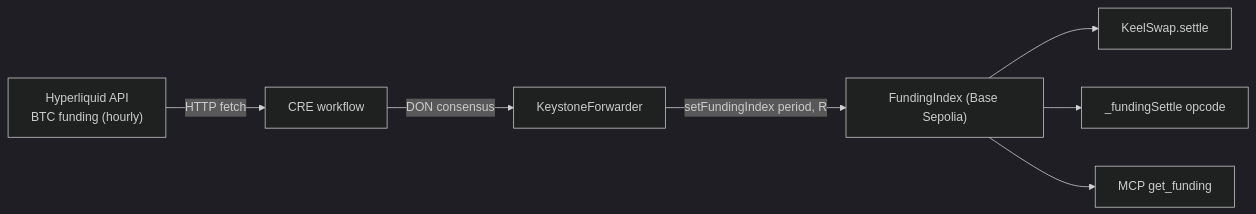
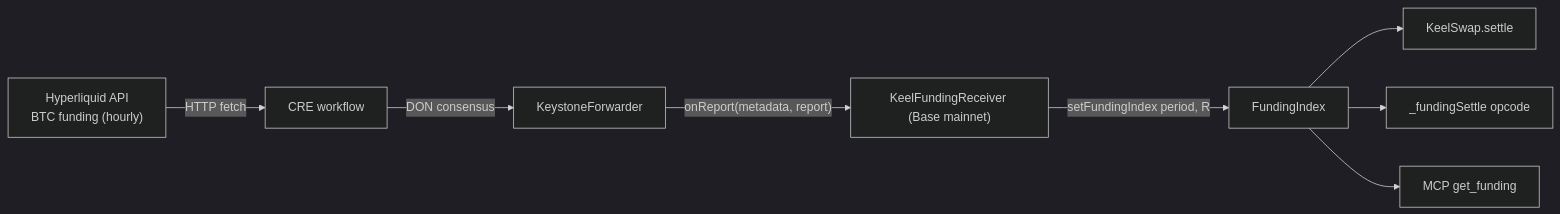
Before and after one commit to 0xYudhishthra/TenorFi: the third of 4 diagrams in docs/bounty-integrations.md, drawn with Mermaid (dark theme). The commit also changed other lines of this file and 10 other files, not shown here.

First line of the commit message:
feat(contracts): add KeelFundingReceiver CRE consumer; target Base mainnet

````diff
--- a/docs/bounty-integrations.md
+++ b/docs/bounty-integrations.md
@@ -93,9 +94,10 @@
 ```mermaid
 flowchart LR
     HL["Hyperliquid API<br/>BTC funding (hourly)"] -->|HTTP fetch| CRE["CRE workflow"]
     CRE -->|DON consensus| FWD["KeystoneForwarder"]
-    FWD -->|setFundingIndex period, R| IDX["FundingIndex (Base Sepolia)"]
+    FWD -->|"onReport(metadata, report)"| RECV["KeelFundingReceiver (Base mainnet)"]
+    RECV -->|setFundingIndex period, R| IDX["FundingIndex"]
     IDX --> K["KeelSwap.settle"]
     IDX --> O["_fundingSettle opcode"]
     IDX --> M["MCP get_funding"]
 ```
````
